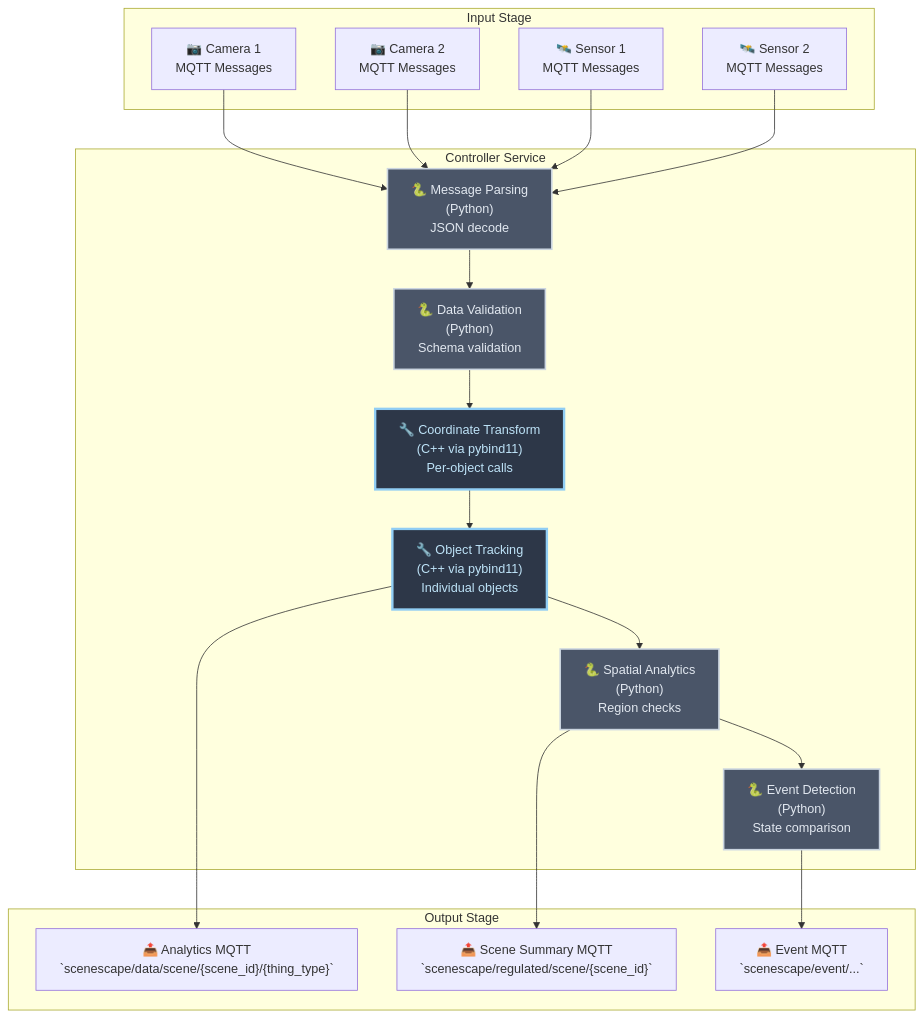
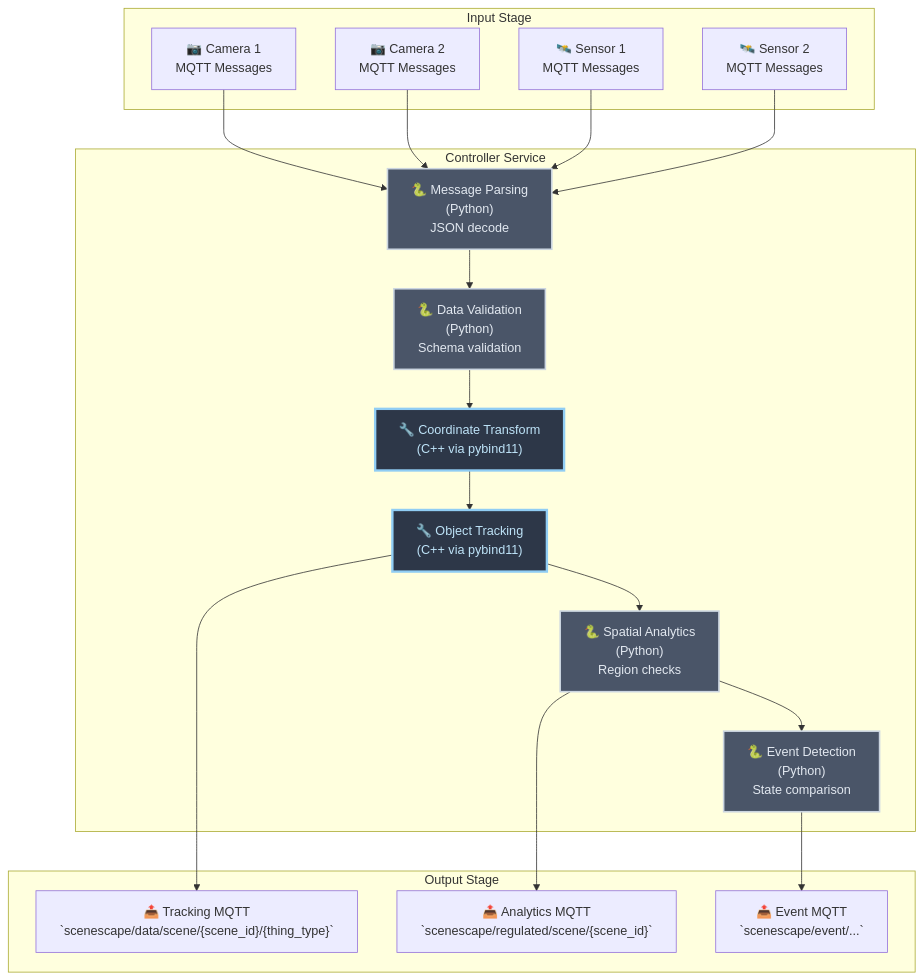
One commit to open-edge-platform/scenescape changed the first of 2 diagrams in docs/adr/0007-tracker-service.md. Above: the diagram before and after it, drawn with Mermaid.

Commit message:
Fixes to data flow section

````diff
--- a/docs/adr/0007-tracker-service.md
+++ b/docs/adr/0007-tracker-service.md
@@ -28,46 +28,46 @@
 ```mermaid
 flowchart TD
     subgraph "Input Stage"
         C1["📷 Camera 1<br/>MQTT Messages"]
         C2["📷 Camera 2<br/>MQTT Messages"]
         S1["🛰️ Sensor 1<br/>MQTT Messages"]
         S2["🛰️ Sensor 2<br/>MQTT Messages"]
     end
     
     subgraph "Controller Service"
         P1["🐍 Message Parsing<br/>(Python)<br/>JSON decode"]
         P2["🐍 Data Validation<br/>(Python)<br/>Schema validation"]
-        P3["🔧 Coordinate Transform<br/>(C++ via pybind11)<br/>Per-object calls"]
-        P4["🔧 Object Tracking<br/>(C++ via pybind11)<br/>Individual objects"]
+        P3["🔧 Coordinate Transform<br/>(C++ via pybind11)"]
+        P4["🔧 Object Tracking<br/>(C++ via pybind11)"]
         P5["🐍 Spatial Analytics<br/>(Python)<br/>Region checks"]
         P6["🐍 Event Detection<br/>(Python)<br/>State comparison"]
     end
     
     subgraph "Output Stage"
-        O1["📤 Analytics MQTT<br/>`scenescape/data/scene/{scene_id}/{thing_type}`"]
-        O2["📤 Scene Summary MQTT<br/>`scenescape/regulated/scene/{scene_id}`"]
+        O1["📤 Tracking MQTT<br/>`scenescape/data/scene/{scene_id}/{thing_type}`"]
+        O2["📤 Analytics MQTT<br/>`scenescape/regulated/scene/{scene_id}`"]
         O3["📤 Event MQTT<br/>`scenescape/event/...`"]
     end
     
     C1 --> P1
     C2 --> P1
     S1 --> P1
     S2 --> P1
     
     P1 --> P2
     P2 --> P3
     P3 --> P4
     P4 --> P5
     P5 --> P6
     
     P4 --> O1
     P5 --> O2
     P6 --> O3
     
     style P1 fill:#4a5568,stroke:#cbd5e0,stroke-width:2px,color:#e2e8f0
     style P2 fill:#4a5568,stroke:#cbd5e0,stroke-width:2px,color:#e2e8f0
     style P3 fill:#2d3748,stroke:#90cdf4,stroke-width:3px,color:#bee3f8
     style P4 fill:#2d3748,stroke:#90cdf4,stroke-width:3px,color:#bee3f8
     style P5 fill:#4a5568,stroke:#cbd5e0,stroke-width:2px,color:#e2e8f0
     style P6 fill:#4a5568,stroke:#cbd5e0,stroke-width:2px,color:#e2e8f0
 ```
````
